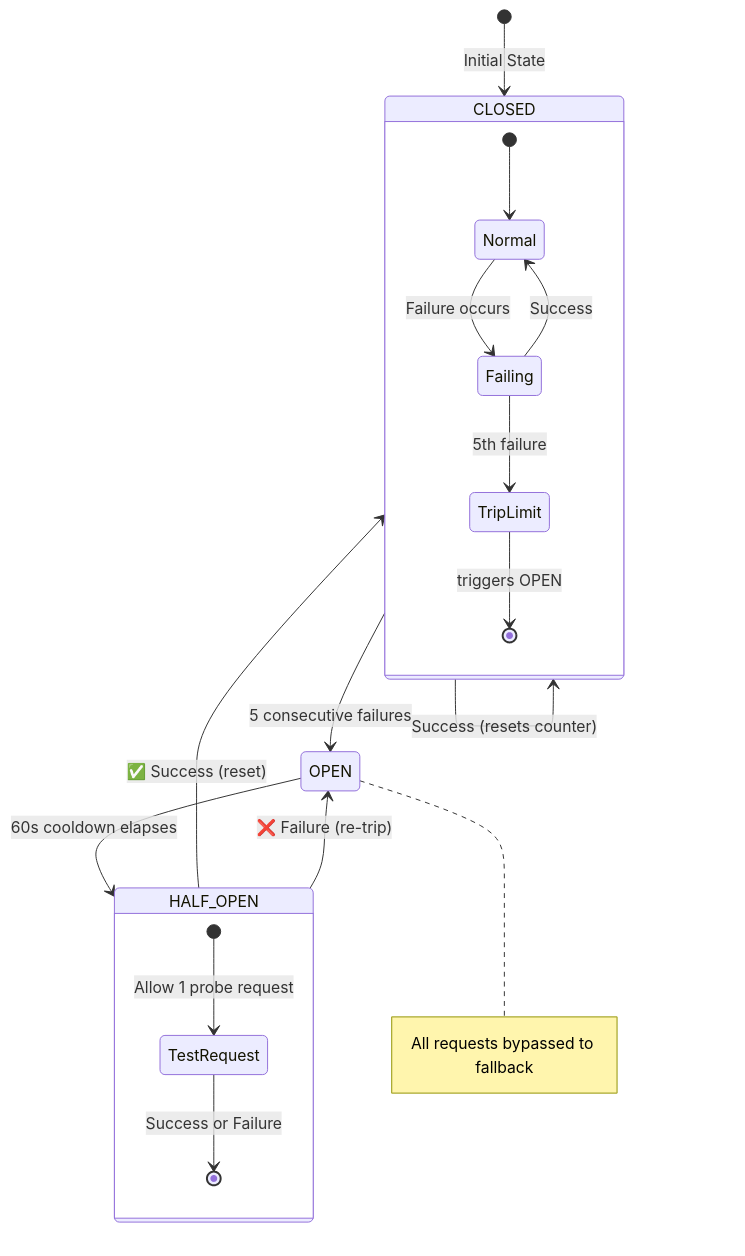
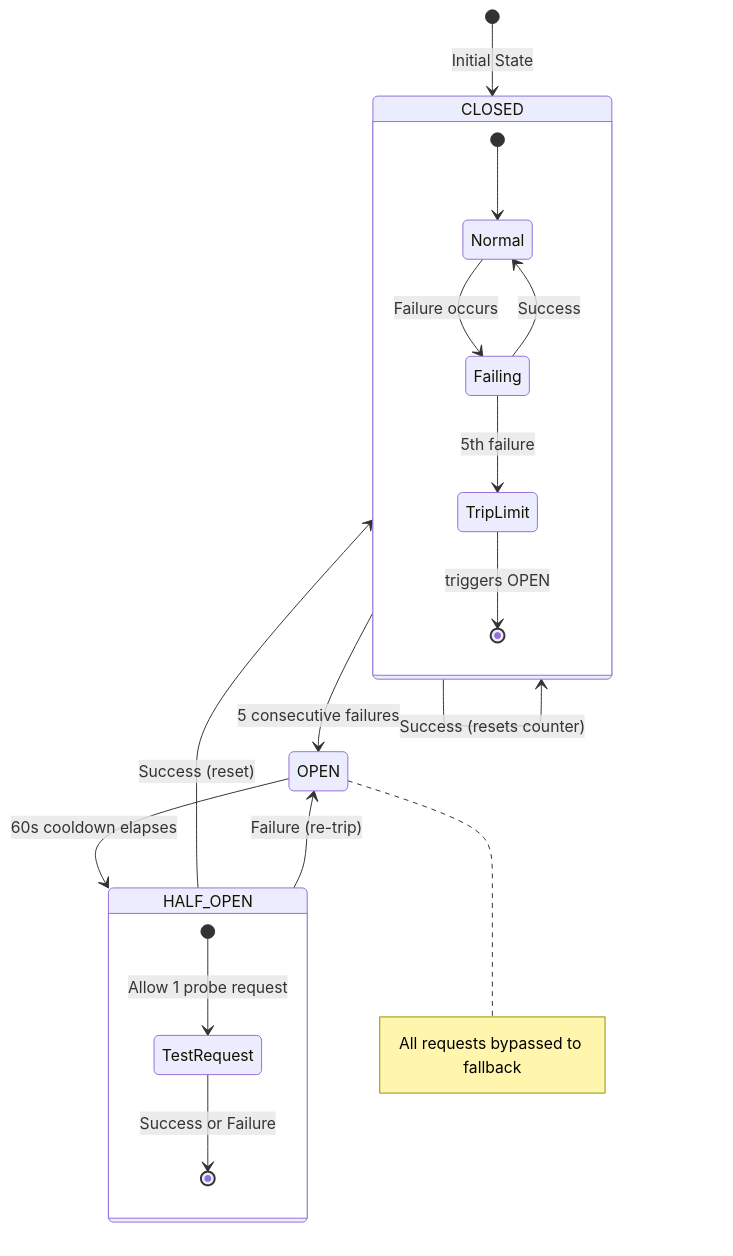
Diagram 12 of 35 in ARCHITECTURE.md (Anil-Pradhan-web/ai-career-mentor), drawn with Mermaid before and after one commit. The commit also changed other lines of this file, not shown here.

Commit message:
fix: remove all JSON curly braces from Mermaid sequence diagrams, simplify state diagrams, replace classDef with inline styles for GitHub compatibility

````diff
--- a/ARCHITECTURE.md
+++ b/ARCHITECTURE.md
@@ -644,27 +614,25 @@
 ```mermaid
 stateDiagram-v2
     [*] --> CLOSED: Initial State
-    
     CLOSED --> OPEN: 5 consecutive failures
-    
     CLOSED --> CLOSED: Success (resets counter)
     
     OPEN --> HALF_OPEN: 60s cooldown elapses
     note right of OPEN: All requests bypassed to fallback
     
-    HALF_OPEN --> CLOSED: ✅ Success (reset)
-    HALF_OPEN --> OPEN: ❌ Failure (re-trip)
+    HALF_OPEN --> CLOSED: Success (reset)
+    HALF_OPEN --> OPEN: Failure (re-trip)
     
     state CLOSED {
         [*] --> Normal
         Normal --> Failing: Failure occurs
         Failing --> Normal: Success
         Failing --> TripLimit: 5th failure
         TripLimit --> [*]: triggers OPEN
     }
     
     state HALF_OPEN {
         [*] --> TestRequest: Allow 1 probe request
         TestRequest --> [*]: Success or Failure
     }
 ```
````
